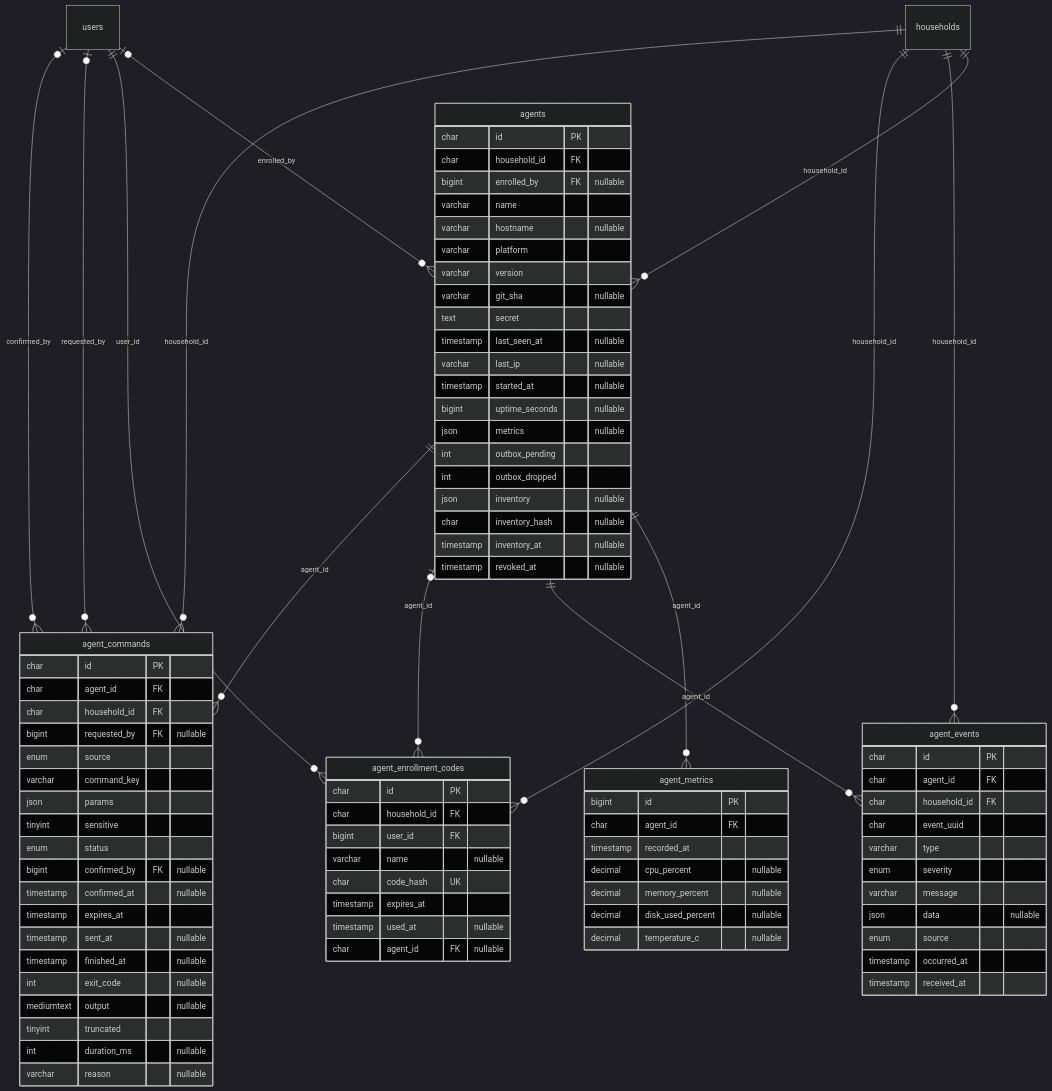
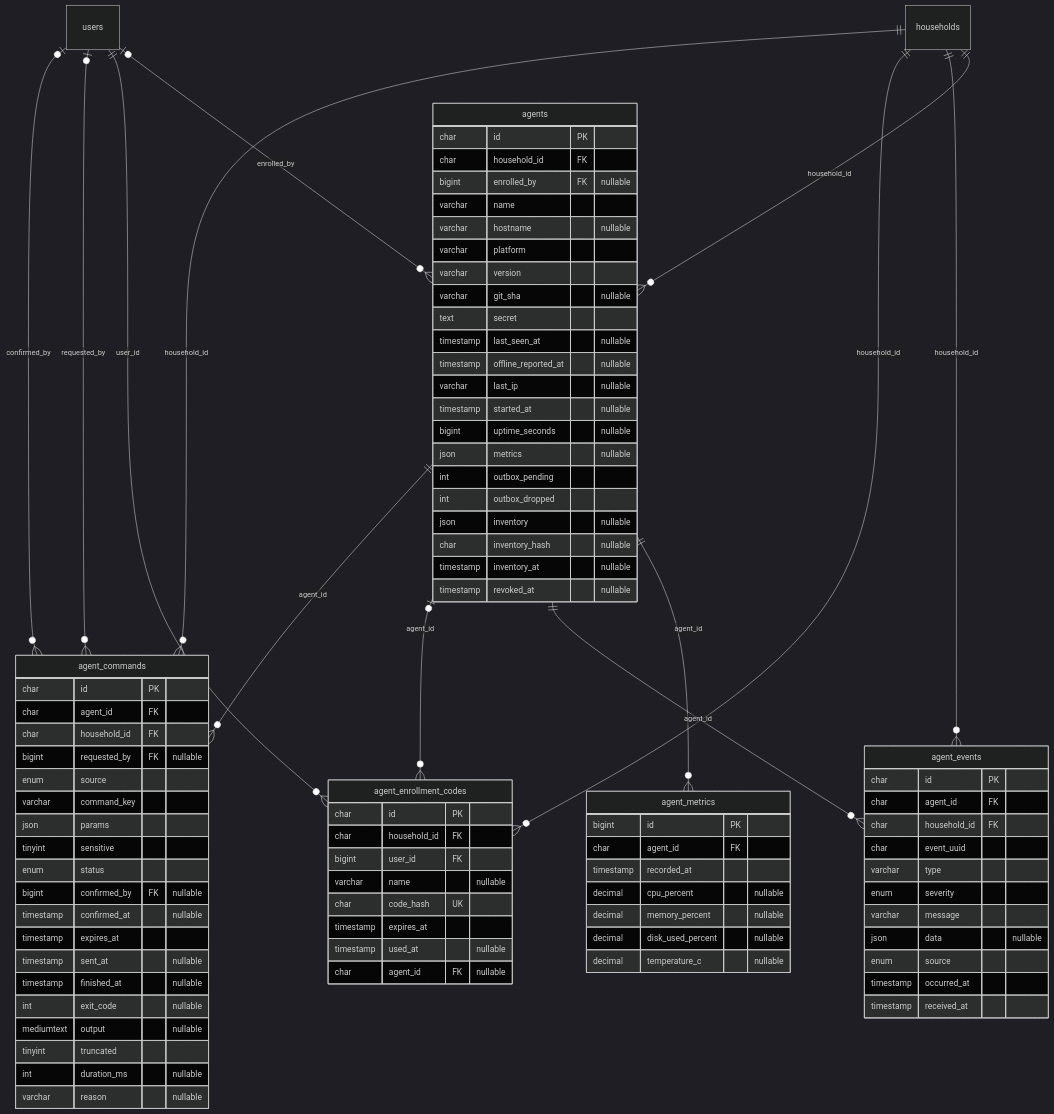
Before and after one commit to kgiannopoulou/home-helper-api: diagram 12 of 12 in docs/database.md, drawn with Mermaid (dark theme). The commit also changed 14 other files, not shown here.

```diff
--- a/docs/database.md
+++ b/docs/database.md
@@ -652,6 +652,7 @@
         varchar git_sha "nullable"
         text secret
         timestamp last_seen_at "nullable"
+        timestamp offline_reported_at "nullable"
         varchar last_ip "nullable"
         timestamp started_at "nullable"
         bigint uptime_seconds "nullable"
```
